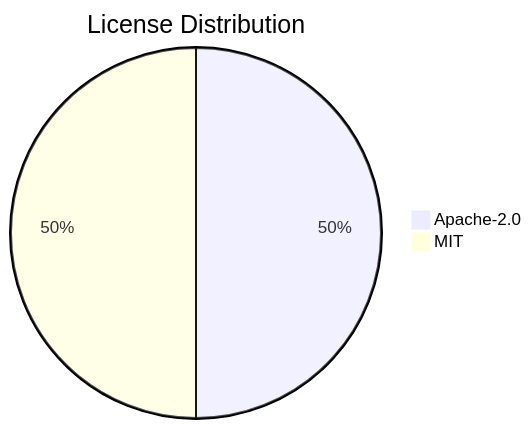
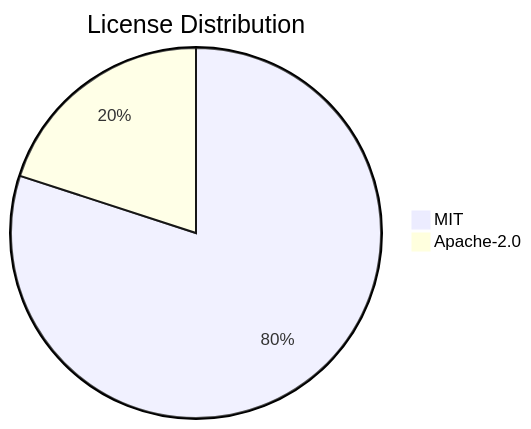
The diagram in .shipwright/compliance/sbom.md (svenroth-ai/shipwright), drawn with Mermaid before and after one commit. The commit also changed other lines of this file and 29 other files, not shown here.

````diff
--- a/.shipwright/compliance/sbom.md
+++ b/.shipwright/compliance/sbom.md
@@ -17,5 +17,5 @@
 ```mermaid
 pie title License Distribution
-    "Apache-2.0" : 4
     "MIT" : 4
+    "Apache-2.0" : 1
 ```
````
